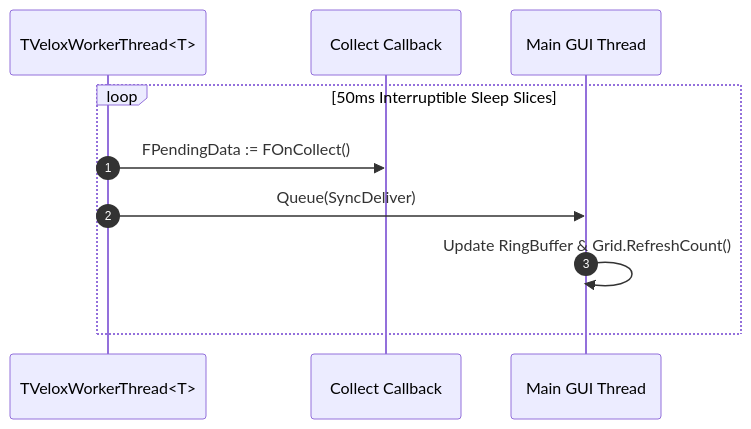
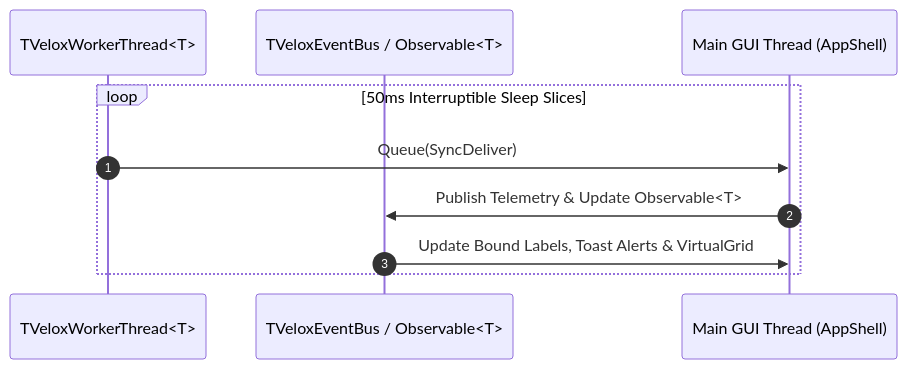
Before and after one commit to amafjarkasi/velox-ui: the third of 3 diagrams in README.md, drawn with Mermaid. The commit also changed other lines of this file and 13 other files, not shown here.

````diff
--- a/README.md
+++ b/README.md
@@ -171,13 +227,13 @@
 ```mermaid
 sequenceDiagram
     autonumber
     participant WT as TVeloxWorkerThread<T>
-    participant CB as Collect Callback
-    participant UI as Main GUI Thread
+    participant BUS as TVeloxEventBus / Observable<T>
+    participant UI as Main GUI Thread (AppShell)
 
     loop 50ms Interruptible Sleep Slices
-        WT->>CB: FPendingData := FOnCollect()
         WT->>UI: Queue(SyncDeliver)
-        UI->>UI: Update RingBuffer & Grid.RefreshCount()
+        UI->>BUS: Publish Telemetry & Update Observable<T>
+        BUS->>UI: Update Bound Labels, Toast Alerts & VirtualGrid
     end
 ```
````
